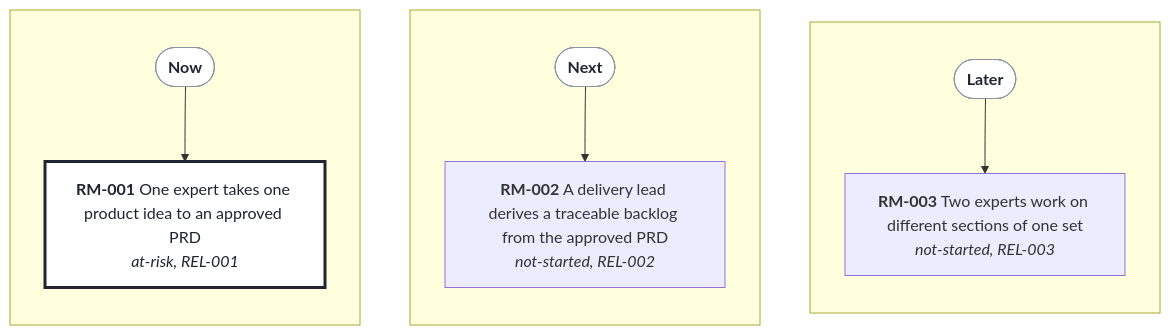
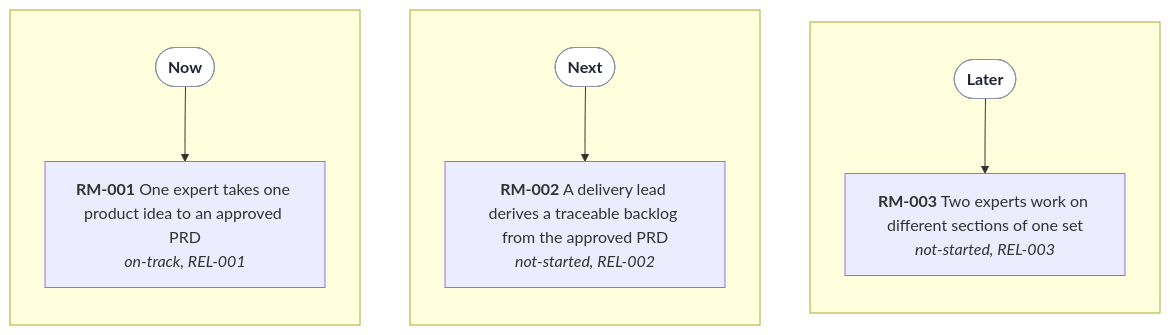
Before and after one commit to SpillwaveSolutions/prd-forge: the diagram in docs/prd/prd-forge/diagrams/roadmap.mmd, drawn with Mermaid. The commit also changed 17 other files, not shown here.

```diff
--- a/docs/prd/prd-forge/diagrams/roadmap.mmd
+++ b/docs/prd/prd-forge/diagrams/roadmap.mmd
@@ -1,27 +1,26 @@
 %% Generated by prd-diagrams.mjs from the roadmap front matter. Do not edit.
 %%{init: {"flowchart": {"wrappingWidth": 220}}}%%
 flowchart LR
   subgraph Hnow[" "]
     direction TB
     Hnowhead(["<b>Now</b>"])
-    RM001["<b>RM-001</b> One expert takes one product idea to an approved PRD<br/><i>at-risk, REL-001</i>"]
+    RM001["<b>RM-001</b> One expert takes one product idea to an approved PRD<br/><i>on-track, REL-001</i>"]
     Hnowhead --> RM001
   end
   subgraph Hnext[" "]
     direction TB
     Hnexthead(["<b>Next</b>"])
     RM002["<b>RM-002</b> A delivery lead derives a traceable backlog from the approved PRD<br/><i>not-started, REL-002</i>"]
     Hnexthead --> RM002
   end
   subgraph Hlater[" "]
     direction TB
     Hlaterhead(["<b>Later</b>"])
     RM003["<b>RM-003</b> Two experts work on different sections of one set<br/><i>not-started, REL-003</i>"]
     Hlaterhead --> RM003
   end
   Hnow ~~~ Hnext
   Hnext ~~~ Hlater
   classDef head fill:#FFFFFF,stroke:#8A94A6,color:#1F2430
   classDef trouble fill:#FFFFFF,stroke:#1F2430,stroke-width:3px,color:#1F2430
   class Hnowhead,Hnexthead,Hlaterhead head
-  class RM001 trouble
```
